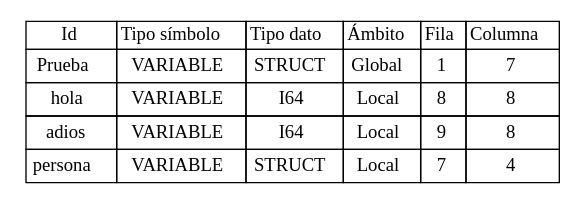
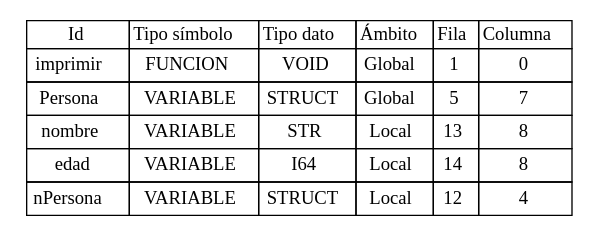
One commit to Jodyannre/COMPI2_proyecto2_2022 changed the diagram in Back/Web/tablas/tablaSimbolos.dot. Above: the diagram before and after it, drawn with Graphviz. The commit also changed 17 other files, not shown here.

```diff
--- a/Back/Web/tablas/tablaSimbolos.dot
+++ b/Back/Web/tablas/tablaSimbolos.dot
@@ -1,90 +1,108 @@
 
 	digraph {
 		tablaSimbolos [
 		  shape=plaintext
 		  label=<
 			<table border='0' cellborder='1' color='black' cellspacing='0'>
 			  <tr>
 				  <td>Id</td>
 				  <td>Tipo símbolo</td>
 				  <td>Tipo dato</td>
 				  <td>Ámbito</td>
 				  <td>Fila</td>
 				  <td>Columna</td>
 			  </tr>
 	
 <tr>
 <td cellpadding='4'>
-Prueba
+imprimir
+</td>
+<td cellpadding='4'>FUNCION
+</td>
+<td cellpadding='4'>VOID
+</td>
+<td cellpadding='4'>Global
+</td>
+<td cellpadding='4'>
+1
+</td>
+<td cellpadding='4'>
+0
+</td>
+</tr>
+
+<tr>
+<td cellpadding='4'>
+Persona
 </td>
 <td cellpadding='4'>VARIABLE
 </td>
 <td cellpadding='4'>STRUCT
 </td>
 <td cellpadding='4'>Global
 </td>
 <td cellpadding='4'>
-1
+5
 </td>
 <td cellpadding='4'>
 7
 </td>
 </tr>
 
 <tr>
 <td cellpadding='4'>
-hola
+nombre
+</td>
+<td cellpadding='4'>VARIABLE
+</td>
+<td cellpadding='4'>STR
+</td>
+<td cellpadding='4'>Local
+</td>
+<td cellpadding='4'>
+13
+</td>
+<td cellpadding='4'>
+8
+</td>
+</tr>
+
+<tr>
+<td cellpadding='4'>
+edad
 </td>
 <td cellpadding='4'>VARIABLE
 </td>
 <td cellpadding='4'>I64
 </td>
 <td cellpadding='4'>Local
 </td>
 <td cellpadding='4'>
-8
+14
 </td>
 <td cellpadding='4'>
 8
 </td>
 </tr>
 
 <tr>
 <td cellpadding='4'>
-adios
-</td>
-<td cellpadding='4'>VARIABLE
-</td>
-<td cellpadding='4'>I64
-</td>
-<td cellpadding='4'>Local
-</td>
-<td cellpadding='4'>
-9
-</td>
-<td cellpadding='4'>
-8
-</td>
-</tr>
-
-<tr>
-<td cellpadding='4'>
-persona
+nPersona
 </td>
 <td cellpadding='4'>VARIABLE
 </td>
 <td cellpadding='4'>STRUCT
 </td>
 <td cellpadding='4'>Local
 </td>
 <td cellpadding='4'>
-7
+12
 </td>
 <td cellpadding='4'>
 4
 </td>
 </tr>
 
 		</table>
 		>];
 	}
```
